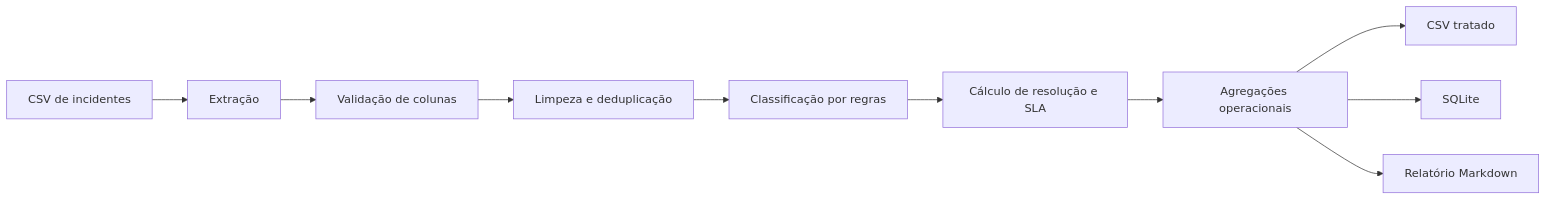
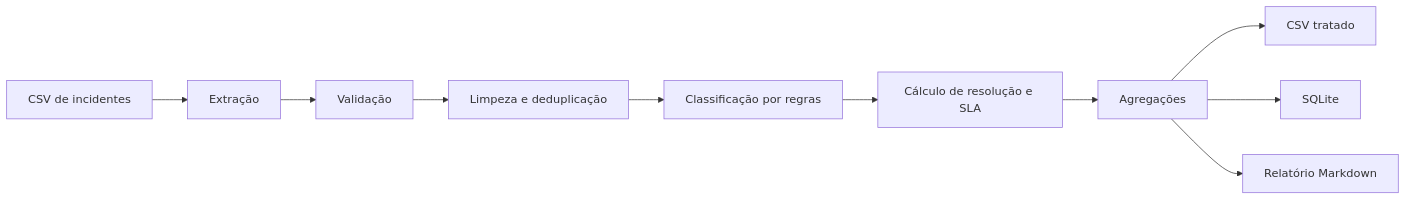
The diagram in README.md (cmosantos/etl-service-desk-incidents), drawn with Mermaid before and after one commit. The commit also changed other lines of this file, not shown here.

````diff
--- a/README.md
+++ b/README.md
@@ -50,12 +48,12 @@
 ```mermaid
 flowchart LR
     A[CSV de incidentes] --> B[Extração]
-    B --> C[Validação de colunas]
+    B --> C[Validação]
     C --> D[Limpeza e deduplicação]
     D --> E[Classificação por regras]
     E --> F[Cálculo de resolução e SLA]
-    F --> G[Agregações operacionais]
+    F --> G[Agregações]
     G --> H[CSV tratado]
     G --> I[SQLite]
     G --> J[Relatório Markdown]
 ```
````
